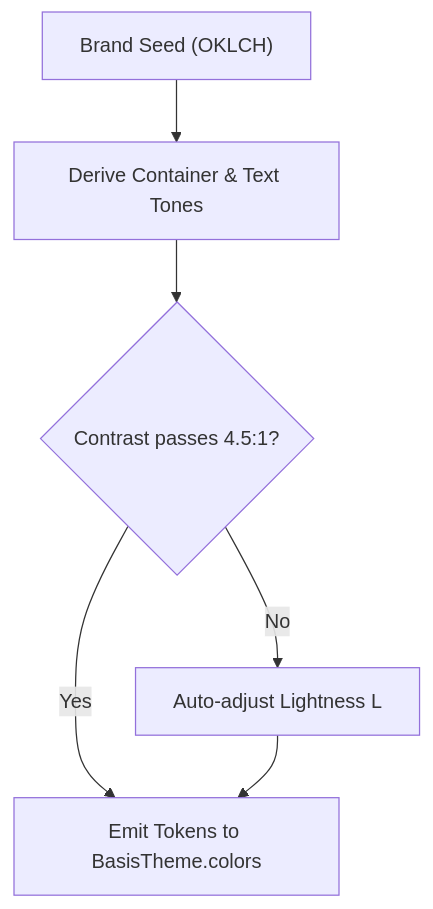
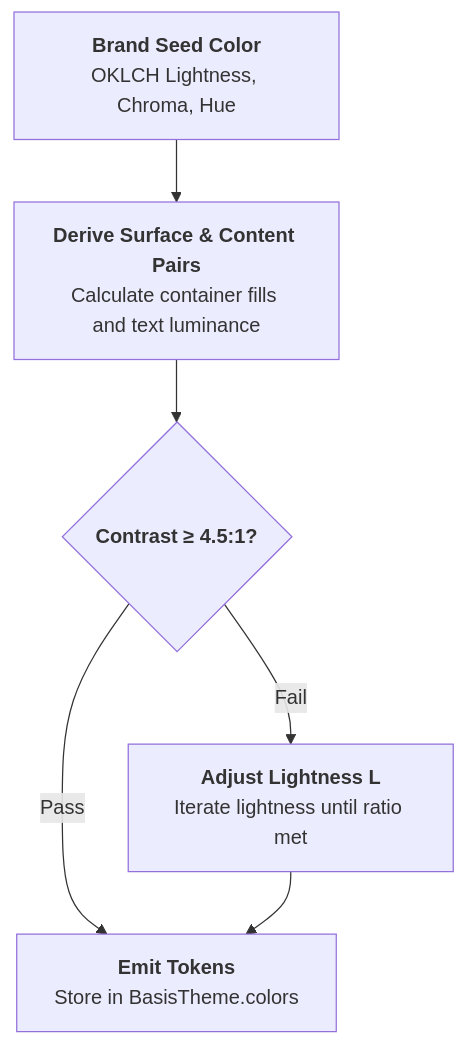
The second of 2 diagrams in docs/docs-site/src/content/docs/theming/oklch.mdx (alph-a07/basis), drawn with Mermaid before and after one commit. The commit also changed other lines of this file and 8 other files, not shown here.

Commit message:
fix(docs): resolve tiny mermaid scaling and text truncation

````diff
--- a/docs/docs-site/src/content/docs/theming/oklch.mdx
+++ b/docs/docs-site/src/content/docs/theming/oklch.mdx
@@ -45,8 +45,9 @@
 ```mermaid
 flowchart TD
-    Seed["Brand Seed (OKLCH)"] --> Step["Derive Container & Text Tones"]
-    Step --> Check{"Contrast passes 4.5:1?"}
-    Check -- Yes --> Emit["Emit Tokens to BasisTheme.colors"]
-    Check -- No --> Adjust["Auto-adjust Lightness L"]
+    Seed["<b>Brand Seed Color</b><br/>OKLCH Lightness, Chroma, Hue"]
+    --> Step["<b>Derive Surface & Content Pairs</b><br/>Calculate container fills and text luminance"]
+    --> Check{"<b>Contrast &ge; 4.5:1?</b>"}
+    Check -- "Pass" --> Emit["<b>Emit Tokens</b><br/>Store in BasisTheme.colors"]
+    Check -- "Fail" --> Adjust["<b>Adjust Lightness L</b><br/>Iterate lightness until ratio met"]
     Adjust --> Emit
 ```
````
